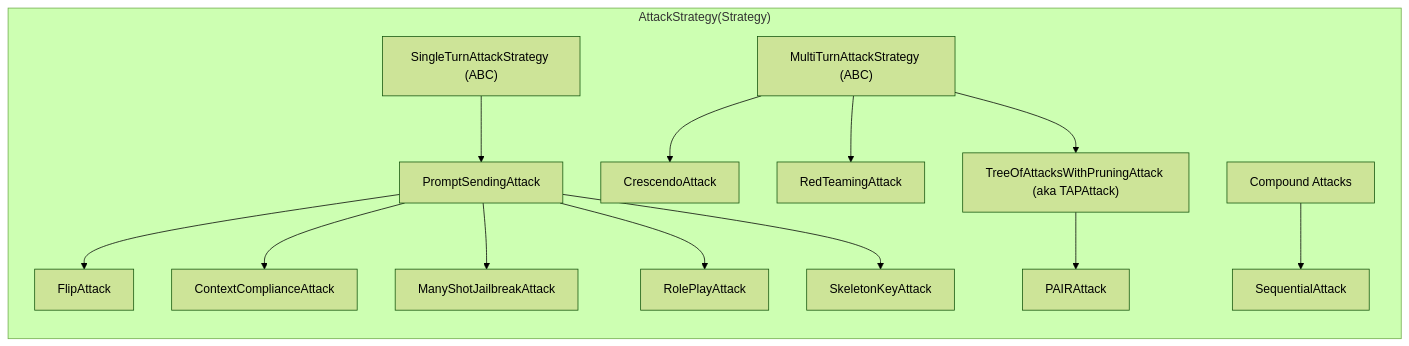
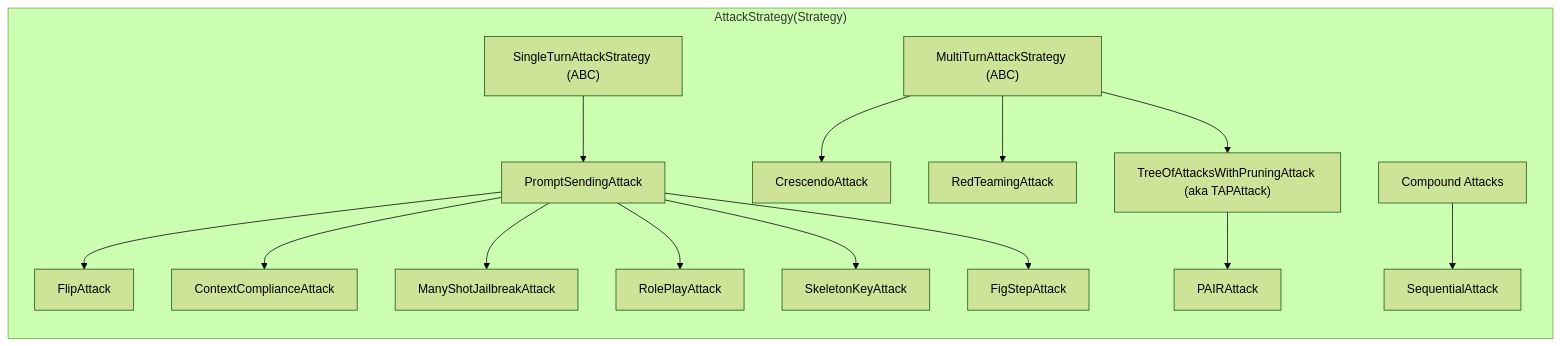
One commit to romanlutz/PyRIT changed the second of 5 diagrams in doc/code/executor/attack/0_attack.md. Above: the diagram before and after it, drawn with Mermaid (forest theme). The commit also changed 7 other files, not shown here.

First line of the commit message:
FEAT: Add FigStepAttack single-turn visual jailbreak attack

````diff
--- a/doc/code/executor/attack/0_attack.md
+++ b/doc/code/executor/attack/0_attack.md
@@ -36,32 +36,34 @@
 ```{mermaid}
 flowchart LR
     subgraph AttackStrategy["AttackStrategy(Strategy)"]
         S_psa1["FlipAttack"]
         S_psa2["ContextComplianceAttack"]
         S_psa3["ManyShotJailbreakAttack"]
         S_psa4["RolePlayAttack"]
         S_psa5["SkeletonKeyAttack"]
+        S_psa6["FigStepAttack"]
         S_psa["PromptSendingAttack"]
         S_single["SingleTurnAttackStrategy (ABC)"]
         S_c["CrescendoAttack"]
         S_r["RedTeamingAttack"]
         s_t["TreeOfAttacksWithPruningAttack (aka TAPAttack)"]
         s_pair["PAIRAttack"]
         S_multi["MultiTurnAttackStrategy (ABC)"]
         S_seq["SequentialAttack"]
         S_compound["Compound Attacks"]
     end
 
     S_psa --> S_psa1
     S_psa --> S_psa2
     S_psa --> S_psa3
     S_psa --> S_psa4
     S_psa --> S_psa5
+    S_psa --> S_psa6
     S_single --> S_psa
     S_multi --> S_c
     S_multi --> S_r
     S_multi --> s_t
     s_t --> s_pair
     S_compound --> S_seq
 
 ```
````
